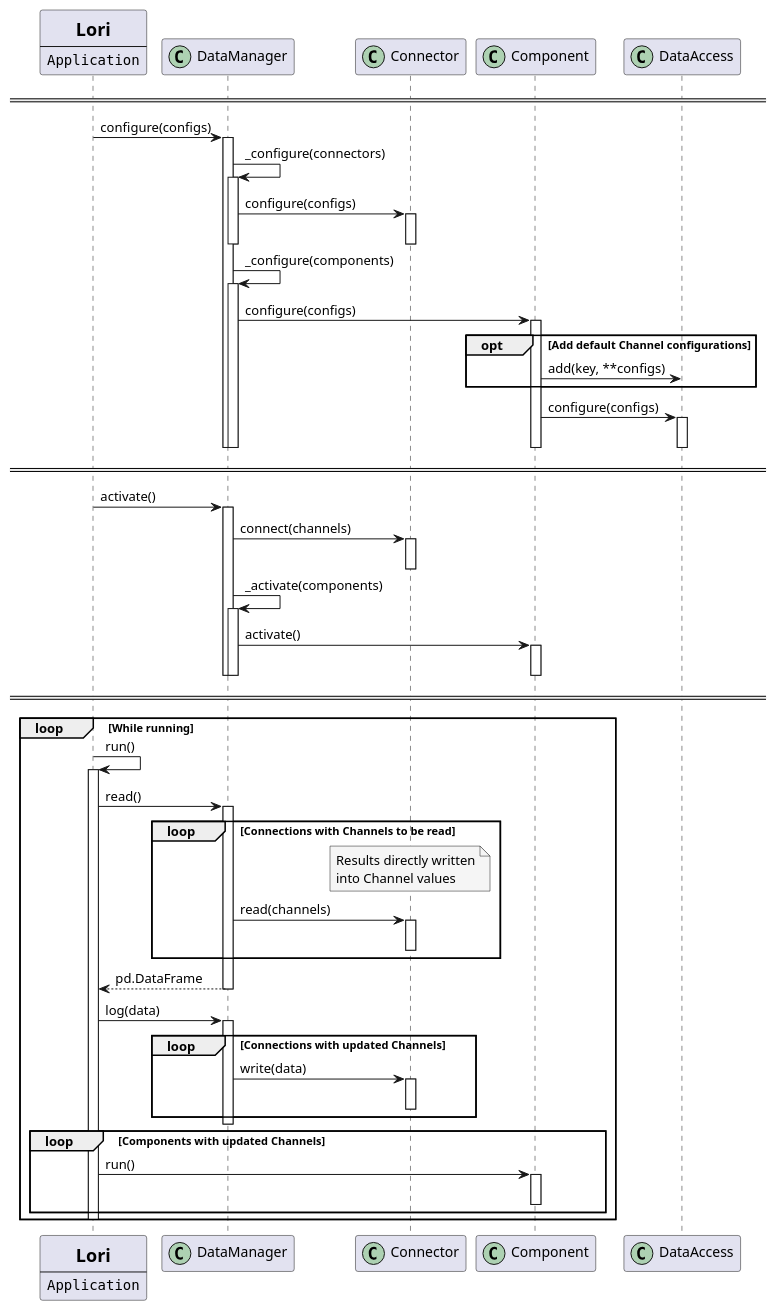
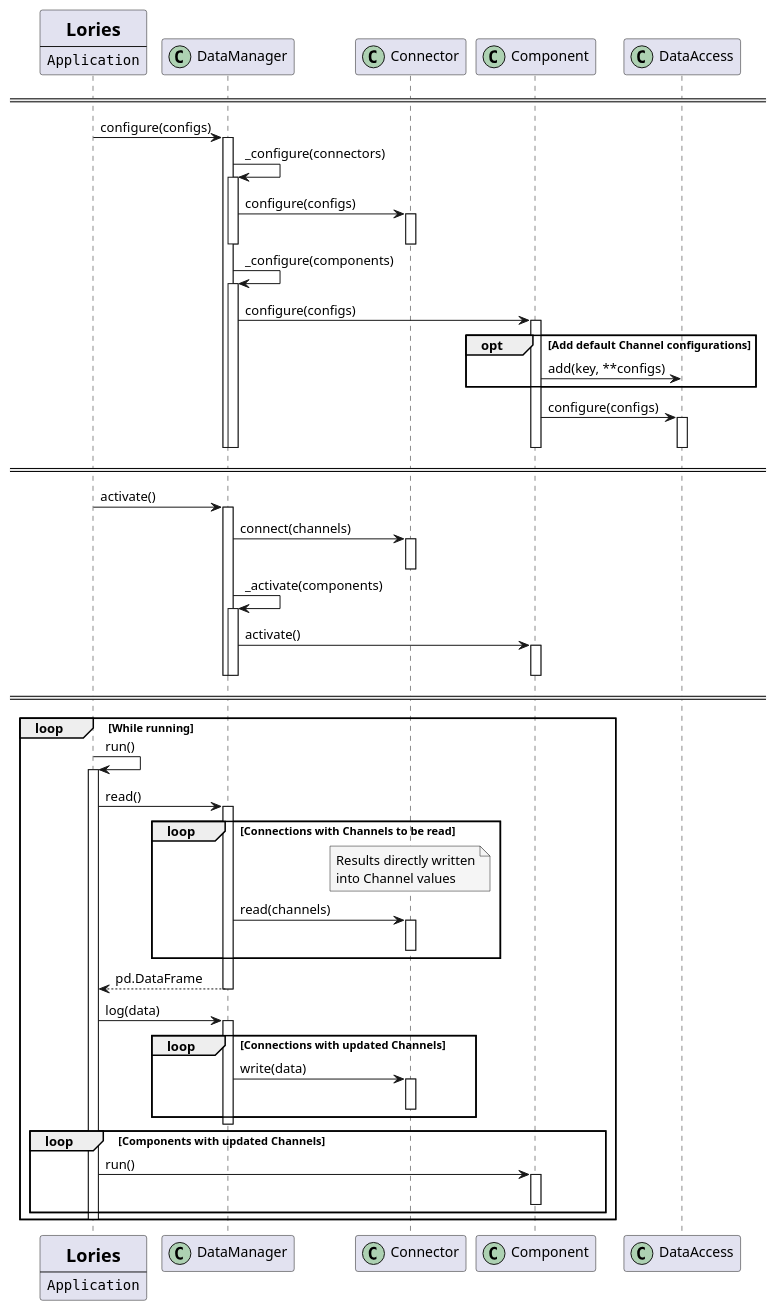
The diagram in doc/_static/diagrams/lifecycle.plantuml (isc-konstanz/lories), drawn with PlantUML before and after one commit. The commit also changed 365 other files, not shown here.

```diff
--- a/doc/_static/diagrams/lifecycle.plantuml
+++ b/doc/_static/diagrams/lifecycle.plantuml
@@ -1,103 +1,103 @@
 @startuml lifecycle
 participant Application [
-    =Lori
+    =Lories
     ----
     ""Application""
 ]
 participant DataManager << (C,#ADD1B2) >>
 participant Connector << (C,#ADD1B2) >>
 participant Component << (C,#ADD1B2) >>
 participant DataAccess << (C,#ADD1B2) >>
 
 ====
 
 Application -> DataManager: configure(configs)
 activate DataManager
 
 DataManager -> DataManager: _configure(connectors)
 activate DataManager
 
 
 DataManager -> Connector: configure(configs)
 activate Connector
 
 deactivate Connector
 deactivate DataManager
 
 DataManager -> DataManager: _configure(components)
 activate DataManager
 
 DataManager -> Component: configure(configs)
     opt Add default Channel configurations
     activate Component
     Component -> DataAccess: add(key, **configs)
     end
 
 
 Component -> DataAccess: configure(configs)
 activate DataAccess
 deactivate DataAccess
 
 deactivate Component
 deactivate DataManager
 
 deactivate DataManager
 
 ====
 
 Application -> DataManager: activate()
 activate DataManager
 
 DataManager -> Connector: connect(channels)
 activate Connector
 deactivate Connector
 
 
 DataManager -> DataManager: _activate(components)
 activate DataManager
 
 DataManager -> Component: activate()
 activate Component
 deactivate Component
 
 deactivate DataManager
 deactivate DataManager
 
 ====
 
 loop While running
     Application -> Application: run()
     Activate Application
 
     Application -> DataManager: read()
     activate DataManager
 
     loop Connections with Channels to be read
         note over Connector #f5f5f5
             Results directly written
             into Channel values
         end note
         DataManager -> Connector: read(channels)
         activate Connector
         deactivate Connector
     end
     return pd.DataFrame
 
     Application -> DataManager: log(data)
     activate DataManager
 
     loop Connections with updated Channels
         DataManager -> Connector: write(data)
         activate Connector
         deactivate Connector
     end
     deactivate DataManager
 
     loop Components with updated Channels
         Application -> Component: run()
         activate Component
         deactivate Component
     end
     deactivate Application
 end
 @enduml
```
